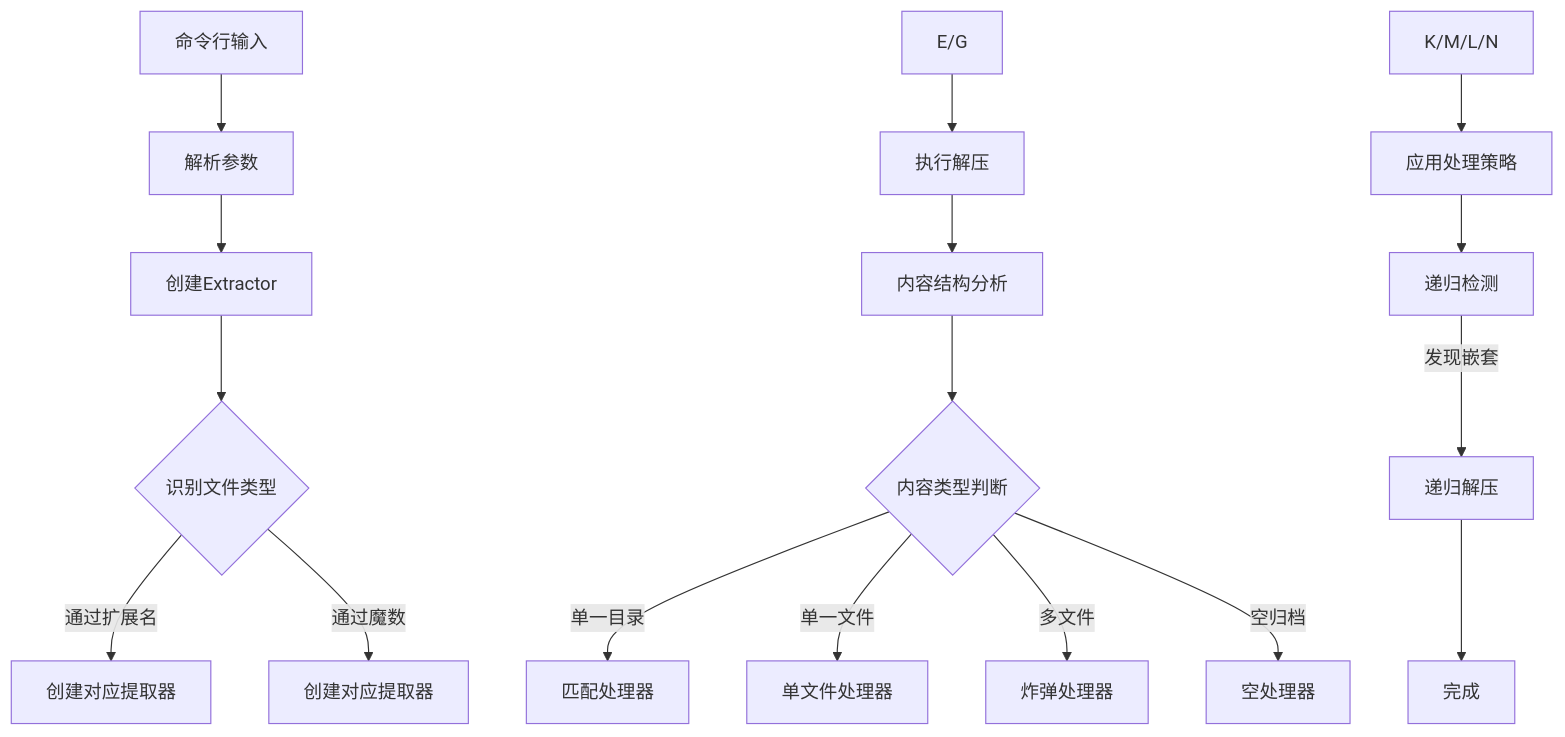
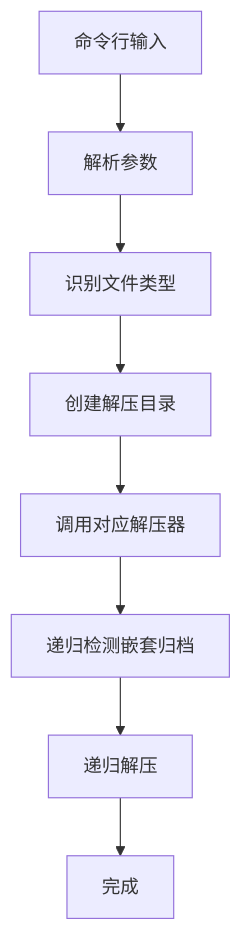
One commit to Geekstrange/Unbox changed the diagram in README.md. Above: the diagram before and after it, drawn with Mermaid. The commit also changed other lines of this file, not shown here.

````diff
--- a/README.md
+++ b/README.md
@@ -75,19 +101,10 @@
 ```mermaid
 graph TD
     A[命令行输入] --> B[解析参数]
-    B --> C[创建Extractor]
-    C --> D{识别文件类型}
-    D -->|通过扩展名| E[创建对应提取器]
-    D -->|通过魔数| F[创建对应提取器]
-    E/G --> H[执行解压]
-    H --> I[内容结构分析]
-    I --> J{内容类型判断}
-    J -->|单一目录| K[匹配处理器]
-    J -->|单一文件| L[单文件处理器]
-    J -->|多文件| M[炸弹处理器]
-    J -->|空归档| N[空处理器]
-    K/M/L/N --> O[应用处理策略]
-    O --> P[递归检测]
-    P -->|发现嵌套| Q[递归解压]
-    Q --> R[完成]
+    B --> C[识别文件类型]
+    C --> D[创建解压目录]
+    D --> E[调用对应解压器]
+    E --> F[递归检测嵌套归档]
+    F --> G[递归解压]
+    G --> H[完成]
 ```
````
